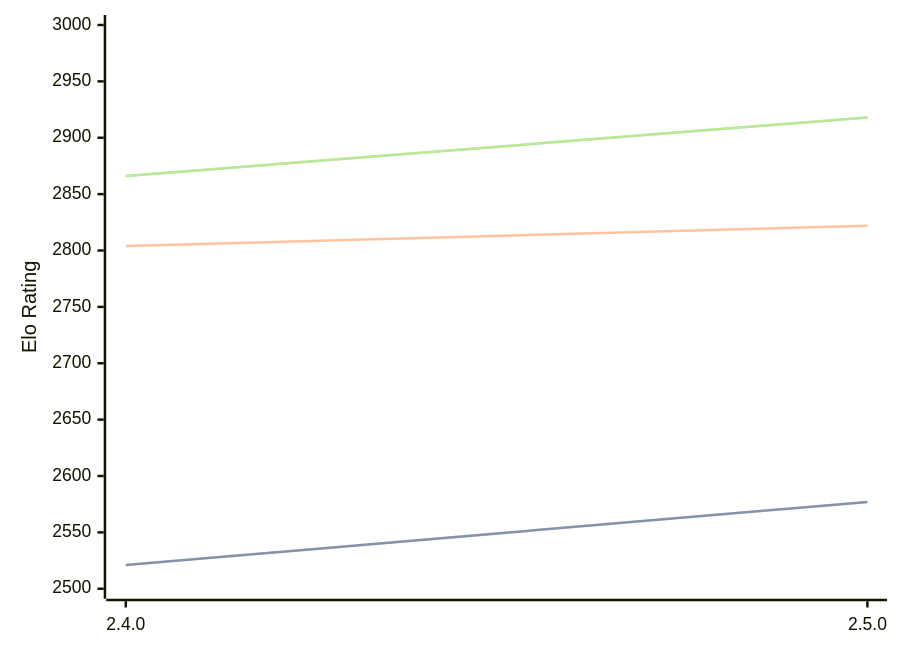
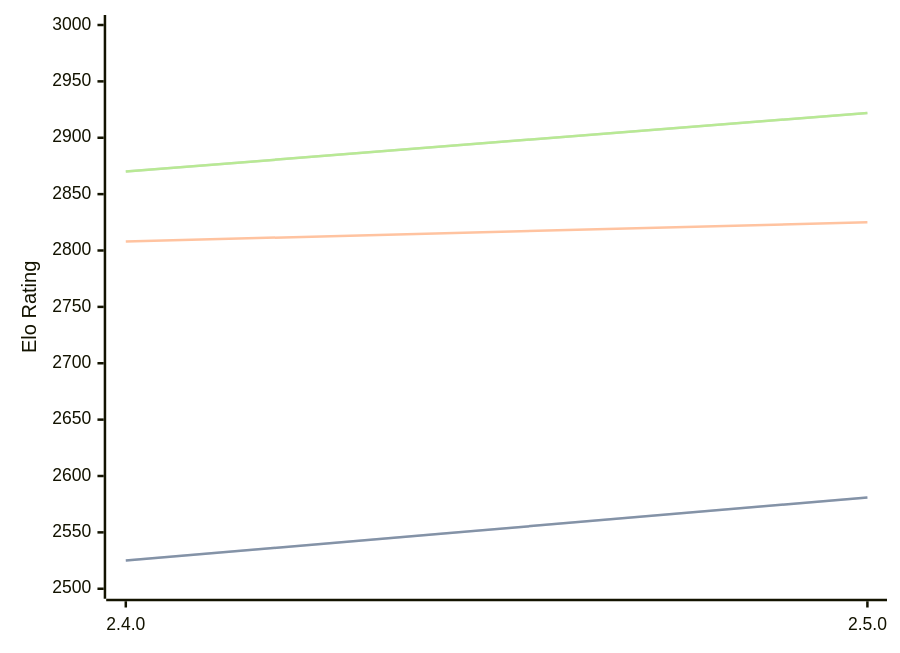
One commit to computer-chess-index/cci changed the diagram in engines/Sturddle2.md. Above: the diagram before and after it, drawn with Mermaid. The commit also changed other lines of this file, not shown here.

Commit message:
Update CCI Ratings (ELO VLTC) - 2026-02-24

````diff
--- a/engines/Sturddle2.md
+++ b/engines/Sturddle2.md
@@ -34,11 +34,11 @@
 ```mermaid
 %%{init: {"theme":"base","themeVariables":{"seriesColors:['#a3a3a3','#222221','#faa371']}}}%%
 xychart-beta
   x-axis ["2.4.0", "2.5.0"]
   y-axis "Elo Rating" 2500 --> 3000
-  line "STC (8.0+0.08s)" [2521, 2577]
-  line "STC (8.0+0.08s)" [2521, 2577]
-  line "LTC (60.0+0.60s)" [2804, 2822]
-  line "VLTC (2m24s+1.12s)" [2866, 2918]
-  line "VLTC (2m24s+1.12s)" [2866, 2918]
+  line "STC (8.0+0.08s)" [2525, 2581]
+  line "STC (8.0+0.08s)" [2525, 2581]
+  line "LTC (60.0+0.60s)" [2808, 2825]
+  line "VLTC (2m24s+1.12s)" [2870, 2922]
+  line "VLTC (2m24s+1.12s)" [2870, 2922]
 ```
````
